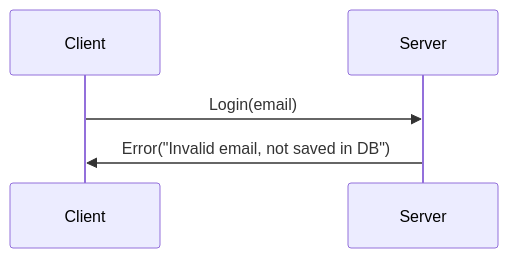
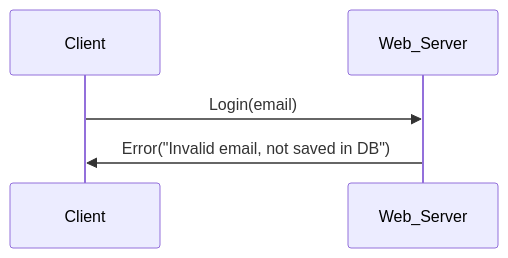
Before and after one commit to adimian/kova: the fourth of 8 diagrams in kova/authentication/docs.md, drawn with Mermaid. The commit also changed other lines of this file, not shown here.

````diff
--- a/kova/authentication/docs.md
+++ b/kova/authentication/docs.md
@@ -33,6 +33,6 @@
 ```mermaid
 sequenceDiagram
-    Client ->> Server: Login(email)
-    Server ->> Client: Error("Invalid email, not saved in DB")
+    Client ->> Web_Server: Login(email)
+    Web_Server ->> Client: Error("Invalid email, not saved in DB")
 
 ```
````
